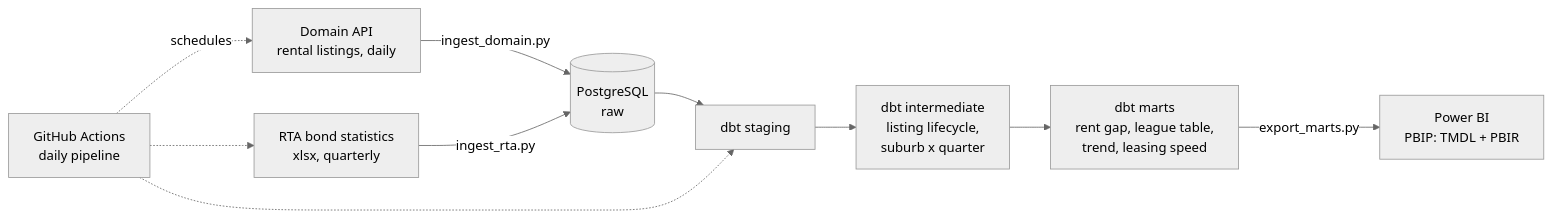
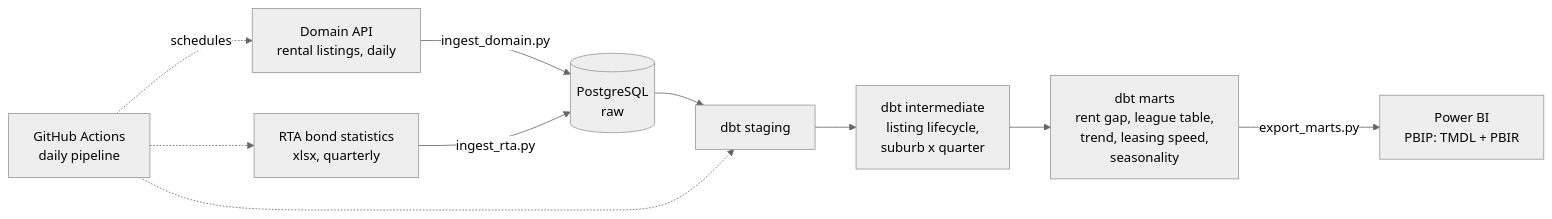
One commit to hmn3702/brisbane-rent-pipeline changed the diagram in README.md. Above: the diagram before and after it, drawn with Mermaid (neutral theme). The commit also changed other lines of this file and 103 other files, not shown here.

````diff
--- a/README.md
+++ b/README.md
@@ -33,12 +42,12 @@
 ```mermaid
 flowchart LR
     A[Domain API<br/>rental listings, daily] -->|ingest_domain.py| R[(PostgreSQL<br/>raw)]
     B[RTA bond statistics<br/>xlsx, quarterly] -->|ingest_rta.py| R
     R --> S[dbt staging]
     S --> I[dbt intermediate<br/>listing lifecycle,<br/>suburb x quarter]
-    I --> M[dbt marts<br/>rent gap, league table,<br/>trend, leasing speed]
+    I --> M[dbt marts<br/>rent gap, league table,<br/>trend, leasing speed,<br/>seasonality]
     M -->|export_marts.py| P[Power BI<br/>PBIP: TMDL + PBIR]
     G[GitHub Actions<br/>daily pipeline] -.schedules.-> A
     G -.-> B
     G -.-> S
 ```
````
